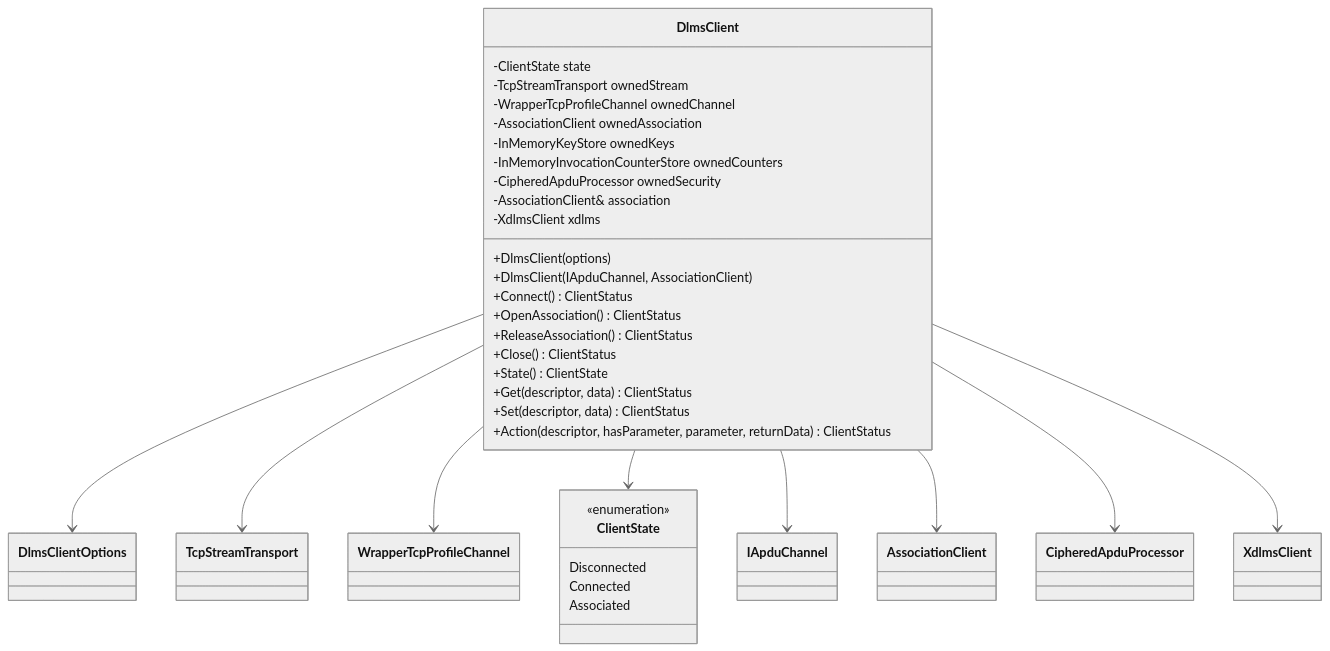
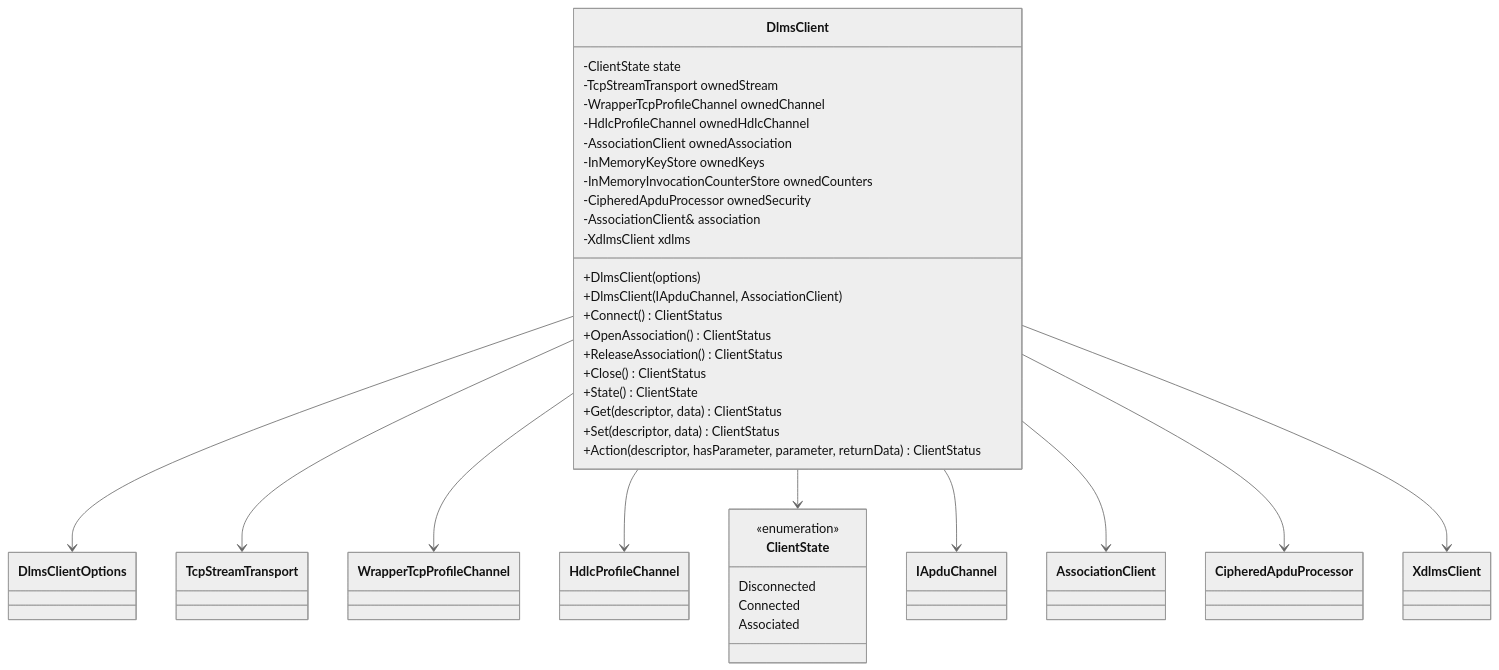
The third of 8 diagrams in docs/02_client_architecture.md (gvtret/dlms-client), drawn with Mermaid (neutral theme) before and after one commit. The commit also changed other lines of this file and 5 other files, not shown here.

First line of the commit message:
docs(client): define HDLC TCP profile option

````diff
--- a/docs/02_client_architecture.md
+++ b/docs/02_client_architecture.md
@@ -67,48 +67,51 @@
 ```mermaid
 classDiagram
   class DlmsClient {
     -ClientState state
     -TcpStreamTransport ownedStream
     -WrapperTcpProfileChannel ownedChannel
+    -HdlcProfileChannel ownedHdlcChannel
     -AssociationClient ownedAssociation
     -InMemoryKeyStore ownedKeys
     -InMemoryInvocationCounterStore ownedCounters
     -CipheredApduProcessor ownedSecurity
     -AssociationClient& association
     -XdlmsClient xdlms
     +DlmsClient(options)
     +DlmsClient(IApduChannel, AssociationClient)
     +Connect() ClientStatus
     +OpenAssociation() ClientStatus
     +ReleaseAssociation() ClientStatus
     +Close() ClientStatus
     +State() ClientState
     +Get(descriptor, data) ClientStatus
     +Set(descriptor, data) ClientStatus
     +Action(descriptor, hasParameter, parameter, returnData) ClientStatus
   }
 
   class ClientState {
     <<enumeration>>
     Disconnected
     Connected
     Associated
   }
 
   class DlmsClientOptions
   class TcpStreamTransport
   class WrapperTcpProfileChannel
+  class HdlcProfileChannel
   class IApduChannel
   class AssociationClient
   class CipheredApduProcessor
   class XdlmsClient
 
   DlmsClient --> DlmsClientOptions
   DlmsClient --> TcpStreamTransport
   DlmsClient --> WrapperTcpProfileChannel
+  DlmsClient --> HdlcProfileChannel
   DlmsClient --> ClientState
   DlmsClient --> IApduChannel
   DlmsClient --> AssociationClient
   DlmsClient --> CipheredApduProcessor
   DlmsClient --> XdlmsClient
 ```
````
